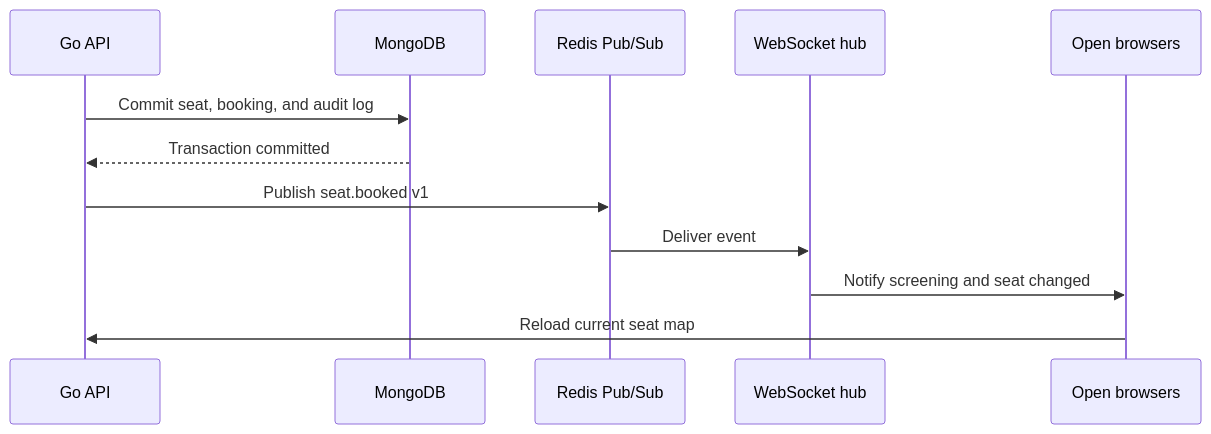
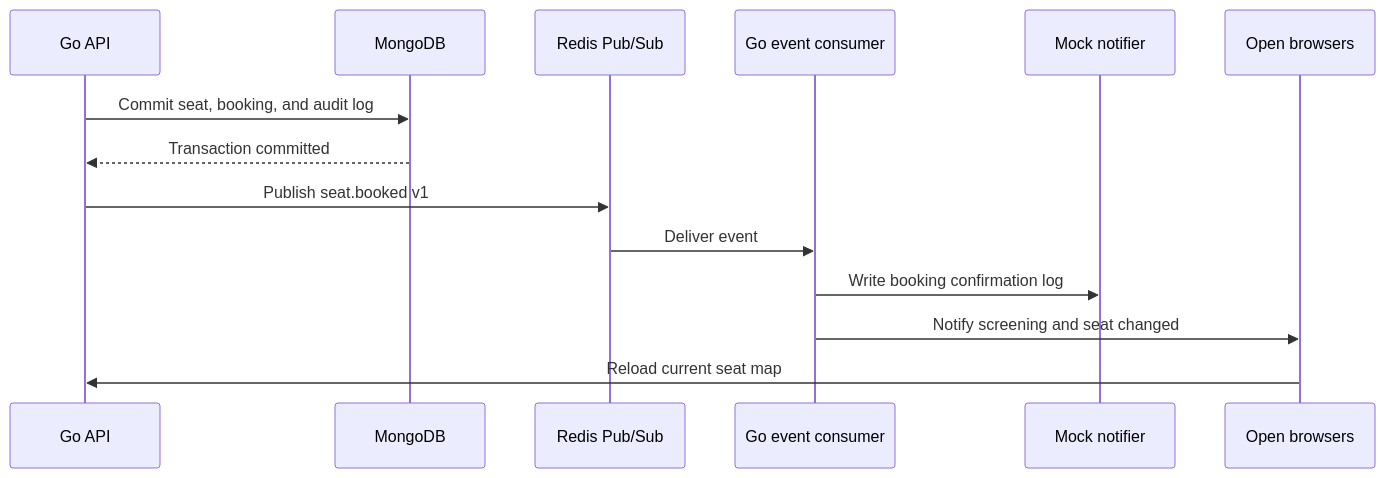
Before and after one commit to stormsmash/Cinema-ticket-booking-system: the second of 2 diagrams in README.md, drawn with Mermaid. The commit also changed other lines of this file and 4 other files, not shown here.

````diff
--- a/README.md
+++ b/README.md
@@ -114,15 +114,17 @@
 ```mermaid
 sequenceDiagram
     participant API as Go API
     participant DB as MongoDB
     participant MQ as Redis Pub/Sub
-    participant WS as WebSocket hub
+    participant Consumer as Go event consumer
+    participant Mock as Mock notifier
     participant UI as Open browsers
 
     API->>DB: Commit seat, booking, and audit log
     DB-->>API: Transaction committed
     API->>MQ: Publish seat.booked v1
-    MQ->>WS: Deliver event
-    WS->>UI: Notify screening and seat changed
+    MQ->>Consumer: Deliver event
+    Consumer->>Mock: Write booking confirmation log
+    Consumer->>UI: Notify screening and seat changed
     UI->>API: Reload current seat map
 ```
````
